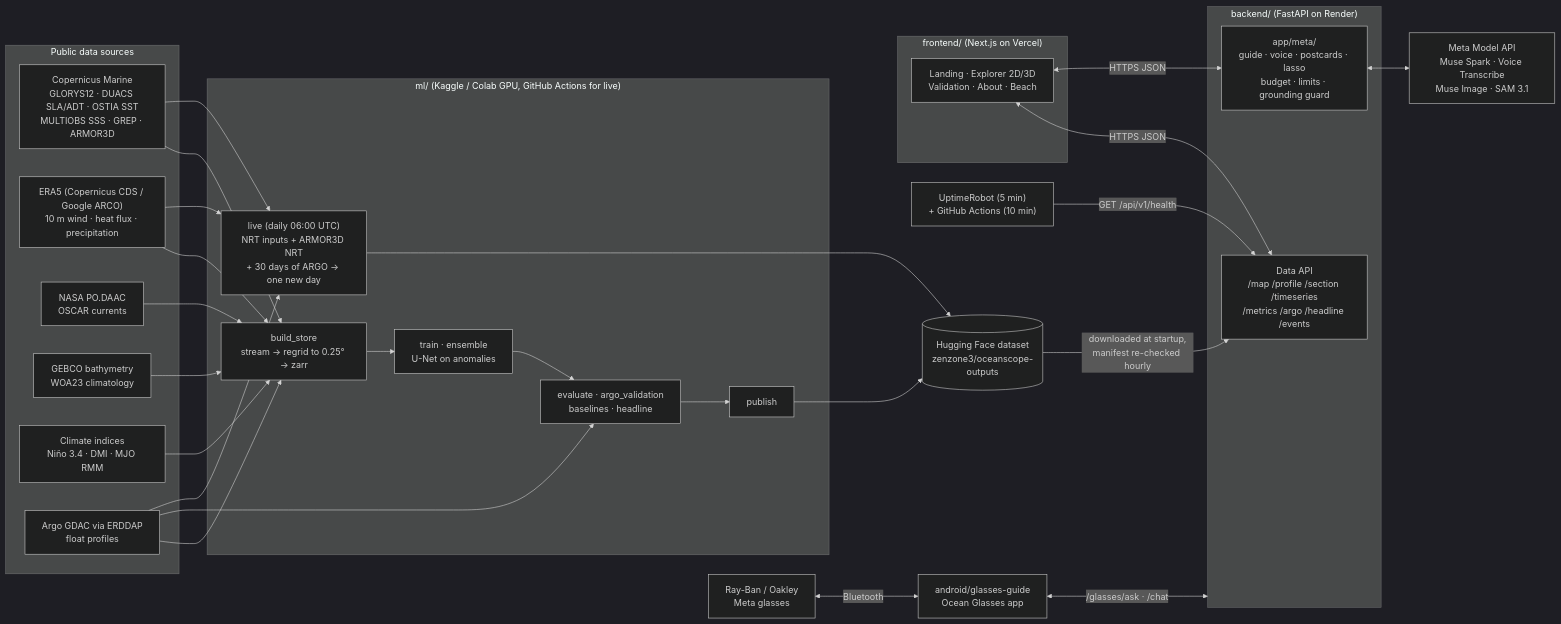
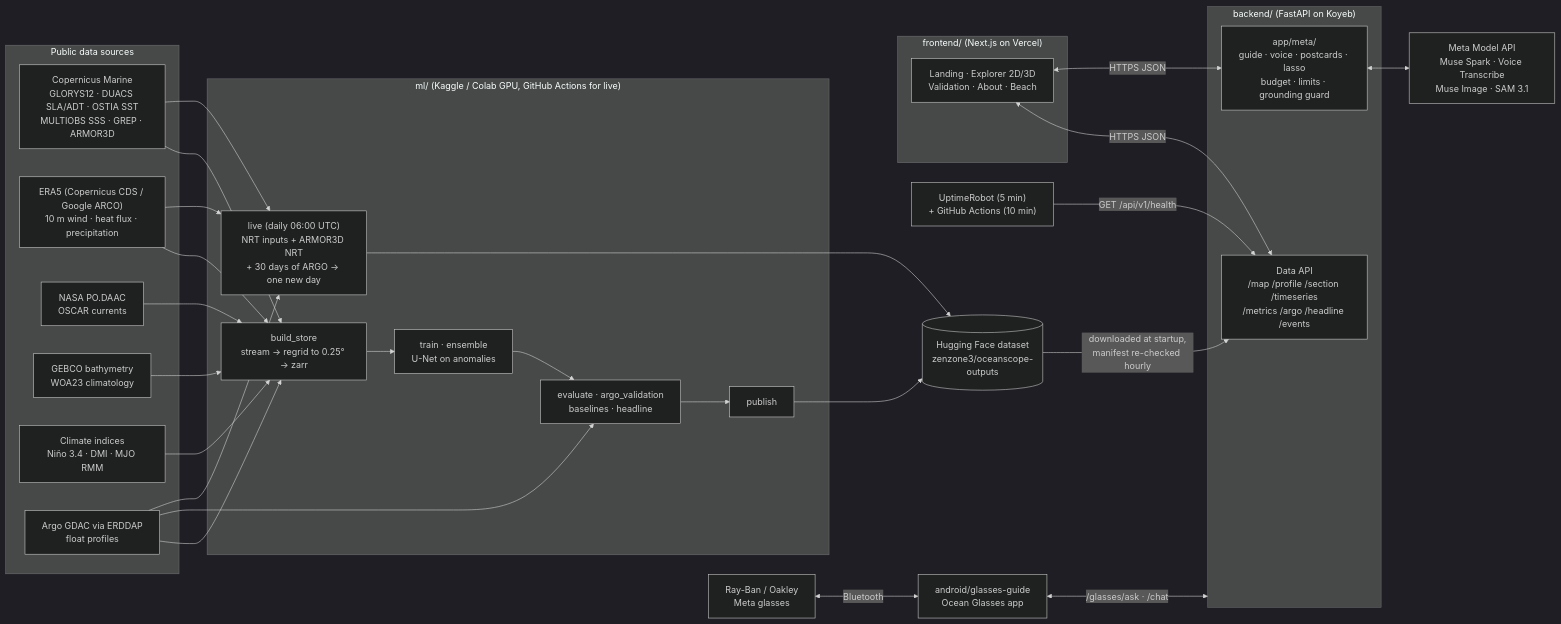
One commit to aryanchettripkt-eng/Ocean-Embed changed the diagram in README.md. Above: the diagram before and after it, drawn with Mermaid (dark theme). The commit also changed other lines of this file and 3 other files, not shown here.

First line of the commit message:
backend: move hosting from Render to Koyeb, stop pinging Render

````diff
--- a/README.md
+++ b/README.md
@@ -128,56 +128,56 @@
 ```mermaid
 flowchart LR
   subgraph Sources["Public data sources"]
     CM["Copernicus Marine<br/>GLORYS12 · DUACS SLA/ADT · OSTIA SST<br/>MULTIOBS SSS · GREP · ARMOR3D"]
     ERA["ERA5 (Copernicus CDS / Google ARCO)<br/>10 m wind · heat flux · precipitation"]
     NASA["NASA PO.DAAC<br/>OSCAR currents"]
     STATIC["GEBCO bathymetry<br/>WOA23 climatology"]
     IDX["Climate indices<br/>Niño 3.4 · DMI · MJO RMM"]
     ARGO["Argo GDAC via ERDDAP<br/>float profiles"]
   end
 
   subgraph ML["ml/ (Kaggle / Colab GPU, GitHub Actions for live)"]
     BUILD["build_store<br/>stream → regrid to 0.25° → zarr"]
     TRAIN["train · ensemble<br/>U-Net on anomalies"]
     EVAL["evaluate · argo_validation<br/>baselines · headline"]
     PUB["publish"]
     LIVE["live (daily 06:00 UTC)<br/>NRT inputs + ARMOR3D NRT<br/>+ 30 days of ARGO → one new day"]
   end
 
   HF[("Hugging Face dataset<br/>zenzone3/oceanscope-outputs")]
 
-  subgraph BE["backend/ (FastAPI on Render)"]
+  subgraph BE["backend/ (FastAPI on Koyeb)"]
     API["Data API<br/>/map /profile /section /timeseries<br/>/metrics /argo /headline /events"]
     META["app/meta/<br/>guide · voice · postcards · lasso<br/>budget · limits · grounding guard"]
   end
 
   MAPI["Meta Model API<br/>Muse Spark · Voice Transcribe<br/>Muse Image · SAM 3.1"]
 
   subgraph FE["frontend/ (Next.js on Vercel)"]
     SITE["Landing · Explorer 2D/3D<br/>Validation · About · Beach"]
   end
 
   APP["android/glasses-guide<br/>Ocean Glasses app"]
   GLASSES["Ray-Ban / Oakley<br/>Meta glasses"]
   UP["UptimeRobot (5 min)<br/>+ GitHub Actions (10 min)"]
 
   CM --> BUILD
   ERA --> BUILD
   NASA --> BUILD
   STATIC --> BUILD
   IDX --> BUILD
   ARGO --> BUILD
   ARGO --> EVAL
   BUILD --> TRAIN --> EVAL --> PUB --> HF
   CM --> LIVE
   ERA --> LIVE
   ARGO --> LIVE
   LIVE --> HF
   HF -->|downloaded at startup,<br/>manifest re-checked hourly| API
   META <--> MAPI
   SITE <-->|HTTPS JSON| API
   SITE <-->|HTTPS JSON| META
   GLASSES <-->|Bluetooth| APP
   APP <-->|/glasses/ask · /chat| BE
   UP -->|GET /api/v1/health| API
 ```
````
